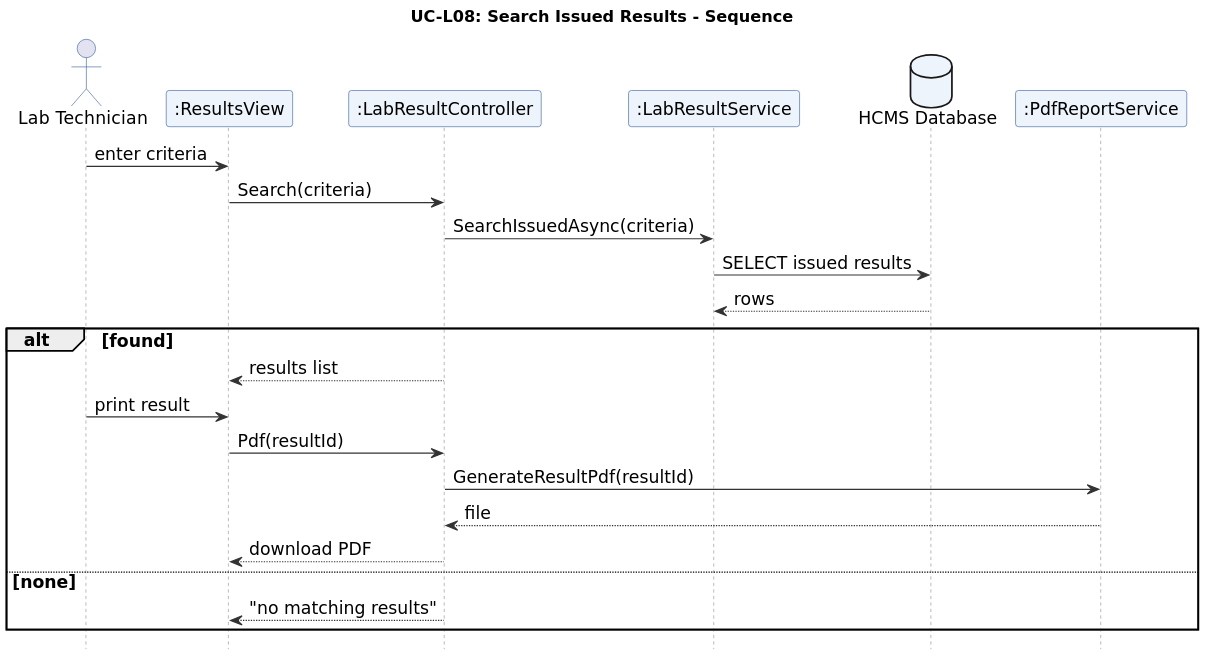
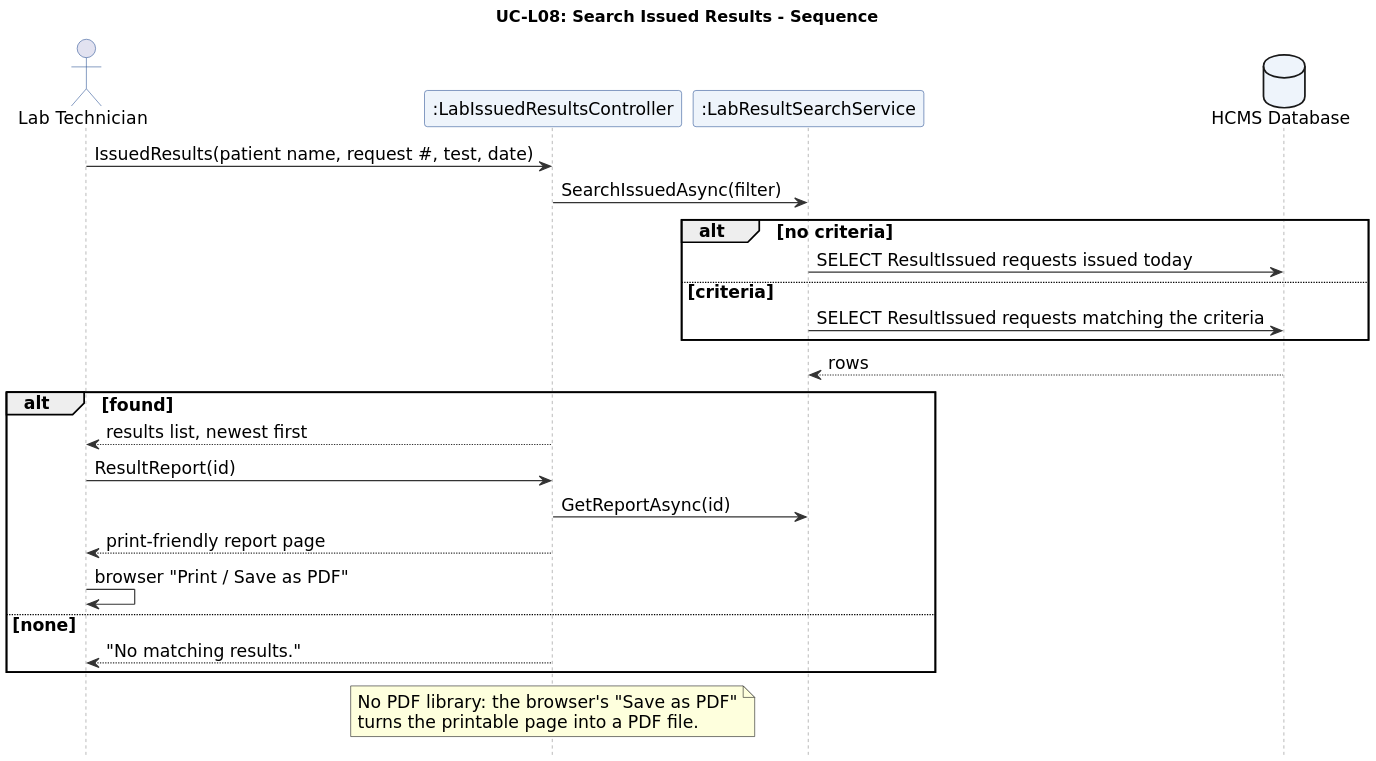
The diagram in docs/diagrams/UC-L08_seq.puml (aymansl/HCMS), drawn with PlantUML before and after one commit. The commit also changed 15 other files, not shown here.

Commit message:
feat(lab): search issued results and print the result report (L8)

```diff
--- a/docs/diagrams/UC-L08_seq.puml
+++ b/docs/diagrams/UC-L08_seq.puml
@@ -1,46 +1,47 @@
 @startuml
 skinparam dpi 170
 skinparam shadowing false
 skinparam defaultFontName DejaVu Sans
 skinparam defaultFontSize 12
 skinparam ArrowColor #333333
 skinparam ActivityBackgroundColor #EEF4FB
 skinparam ActivityBorderColor #2F5597
 skinparam ActivityDiamondBackgroundColor #FFF7E0
 skinparam SwimlaneTitleFontStyle bold
 skinparam ParticipantBackgroundColor #EEF4FB
 skinparam ParticipantBorderColor #2F5597
 skinparam SequenceLifeLineBorderColor #888888
 skinparam UsecaseBackgroundColor #EEF4FB
 skinparam UsecaseBorderColor #2F5597
 skinparam ActorBorderColor #2F5597
 skinparam DatabaseBackgroundColor #EEF4FB
 skinparam SequenceGroupHeaderFontStyle bold
 title UC-L08: Search Issued Results - Sequence
 skinparam defaultFontSize 15
 skinparam ParticipantFontSize 15
 skinparam ActorFontSize 15
 skinparam DatabaseFontSize 15
 hide footbox
 actor "Lab Technician" as U
-participant ":ResultsView" as V
-participant ":LabResultController" as C
-participant ":LabResultService" as S
+participant ":LabIssuedResultsController" as C
+participant ":LabResultSearchService" as S
 database "HCMS Database" as DB
-participant ":PdfReportService" as R
-U -> V : enter criteria
-V -> C : Search(criteria)
-C -> S : SearchIssuedAsync(criteria)
-S -> DB : SELECT issued results
+U -> C : IssuedResults(patient name, request #, test, date)
+C -> S : SearchIssuedAsync(filter)
+alt no criteria
+  S -> DB : SELECT ResultIssued requests issued today
+else criteria
+  S -> DB : SELECT ResultIssued requests matching the criteria
+end
 DB --> S : rows
 alt found
-  C --> V : results list
-  U -> V : print result
-  V -> C : Pdf(resultId)
-  C -> R : GenerateResultPdf(resultId)
-  R --> C : file
-  C --> V : download PDF
+  C --> U : results list, newest first
+  U -> C : ResultReport(id)
+  C -> S : GetReportAsync(id)
+  C --> U : print-friendly report page
+  U -> U : browser "Print / Save as PDF"
 else none
-  C --> V : "no matching results"
+  C --> U : "No matching results."
 end
+note over C : No PDF library: the browser's "Save as PDF"\nturns the printable page into a PDF file.
 @enduml
```
